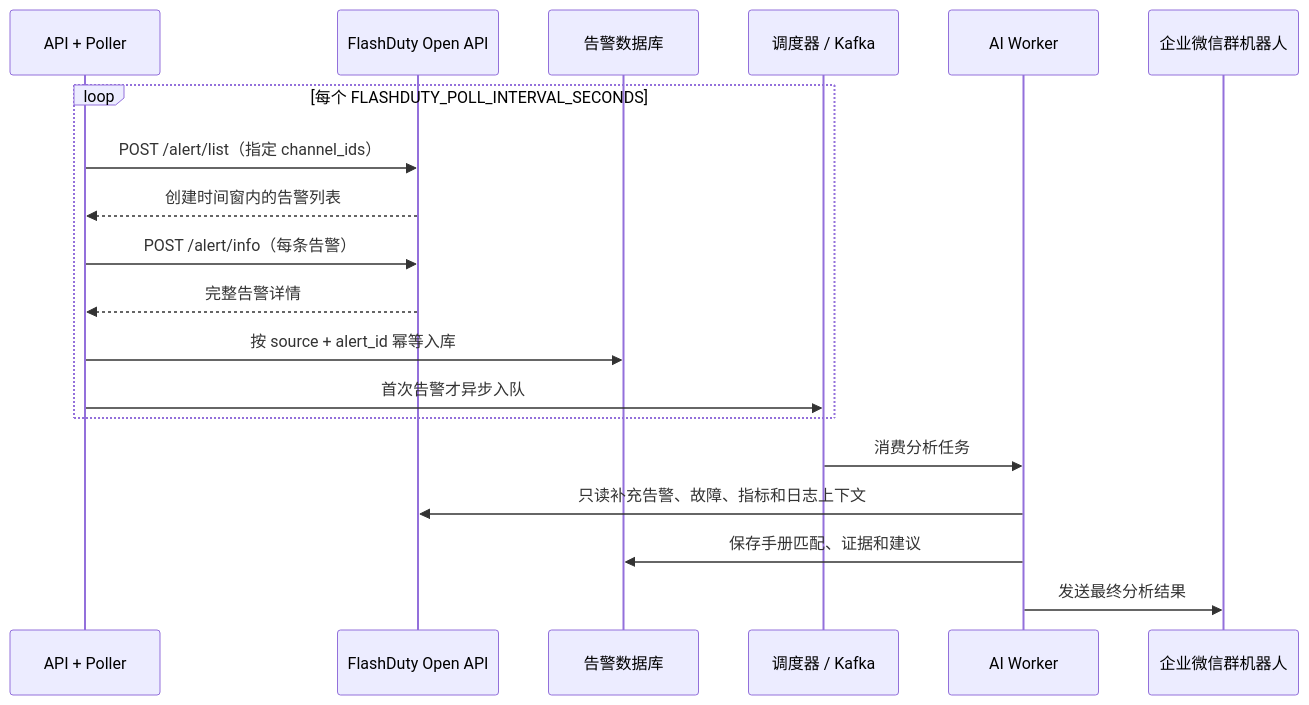
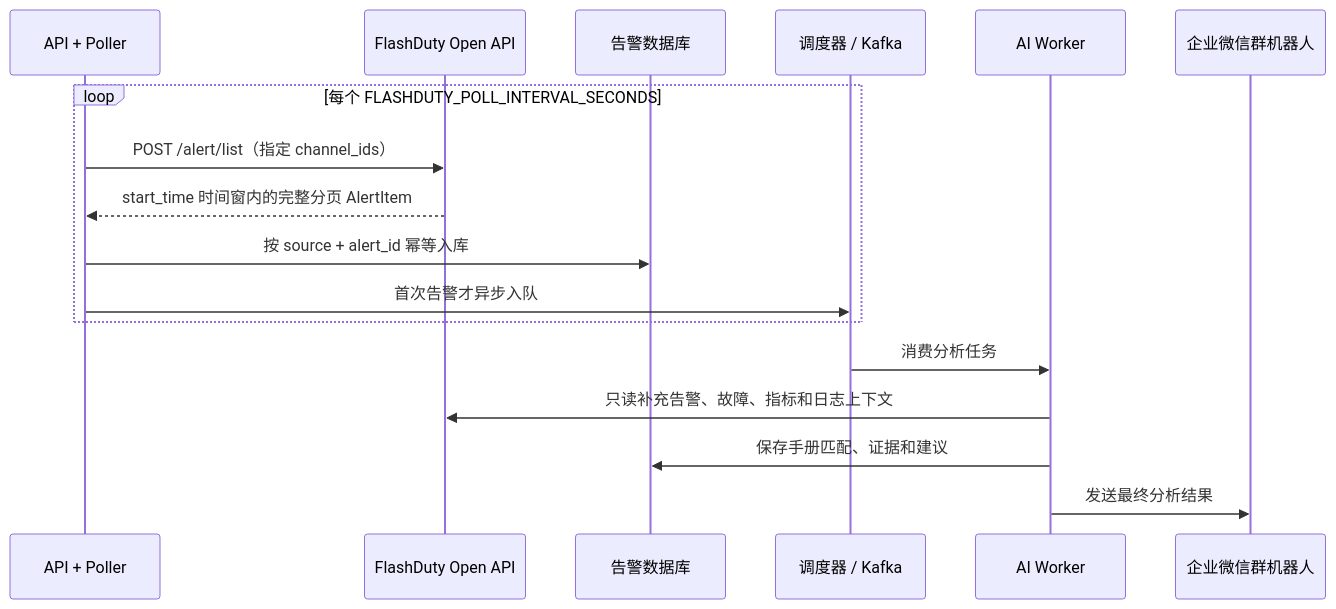
One commit to 180cmchn/Database-Alert-Agent changed the diagram in docs/flashduty-polling/README.md. Above: the diagram before and after it, drawn with Mermaid. The commit also changed other lines of this file and 10 other files, not shown here.

````diff
--- a/docs/flashduty-polling/README.md
+++ b/docs/flashduty-polling/README.md
@@ -7,22 +7,20 @@
 ```mermaid
 sequenceDiagram
     participant API as API + Poller
     participant FD as FlashDuty Open API
     participant DB as 告警数据库
     participant Q as 调度器 / Kafka
     participant W as AI Worker
     participant WC as 企业微信群机器人
 
     loop 每个 FLASHDUTY_POLL_INTERVAL_SECONDS
         API->>FD: POST /alert/list（指定 channel_ids）
-        FD-->>API: 创建时间窗内的告警列表
-        API->>FD: POST /alert/info（每条告警）
-        FD-->>API: 完整告警详情
+        FD-->>API: start_time 时间窗内的完整分页 AlertItem
         API->>DB: 按 source + alert_id 幂等入库
         API->>Q: 首次告警才异步入队
     end
     Q->>W: 消费分析任务
     W->>FD: 只读补充告警、故障、指标和日志上下文
     W->>DB: 保存手册匹配、证据和建议
     W->>WC: 发送最终分析结果
 ```
````
